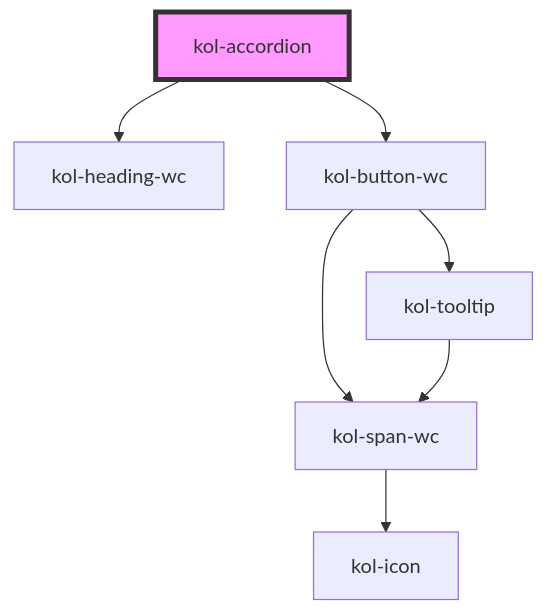
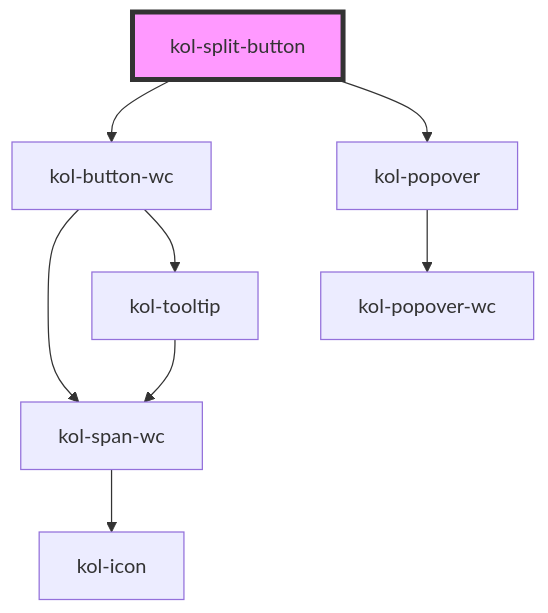
One commit to public-ui/kolibri changed the diagram in packages/components/src/components/split-button/readme.md. Above: the diagram before and after it, drawn with Mermaid. The commit also changed other lines of this file and 52 other files, not shown here.

````diff
--- a/packages/components/src/components/split-button/readme.md
+++ b/packages/components/src/components/split-button/readme.md
@@ -57,10 +74,11 @@
 ```mermaid
 graph TD;
-  kol-accordion --> kol-heading-wc
-  kol-accordion --> kol-button-wc
+  kol-split-button --> kol-button-wc
+  kol-split-button --> kol-popover
   kol-button-wc --> kol-span-wc
   kol-button-wc --> kol-tooltip
   kol-span-wc --> kol-icon
   kol-tooltip --> kol-span-wc
-  style kol-accordion fill:#f9f,stroke:#333,stroke-width:4px
+  kol-popover --> kol-popover-wc
+  style kol-split-button fill:#f9f,stroke:#333,stroke-width:4px
 ```
````
